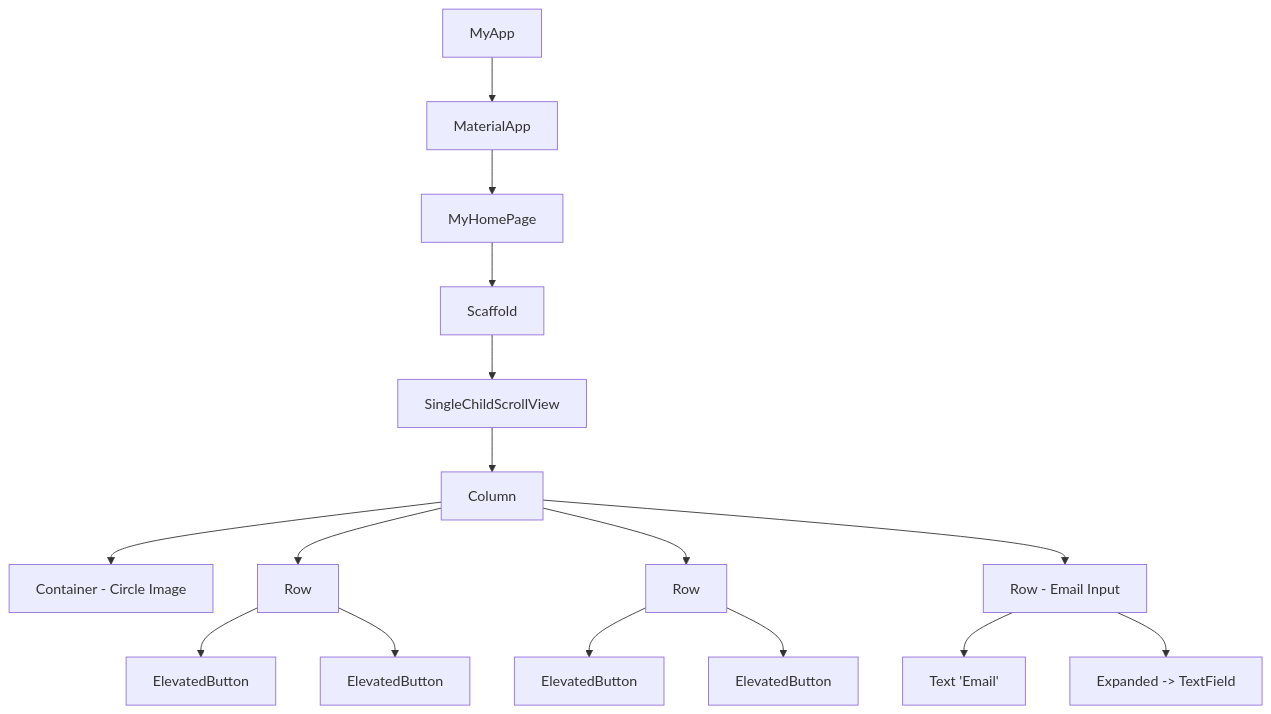
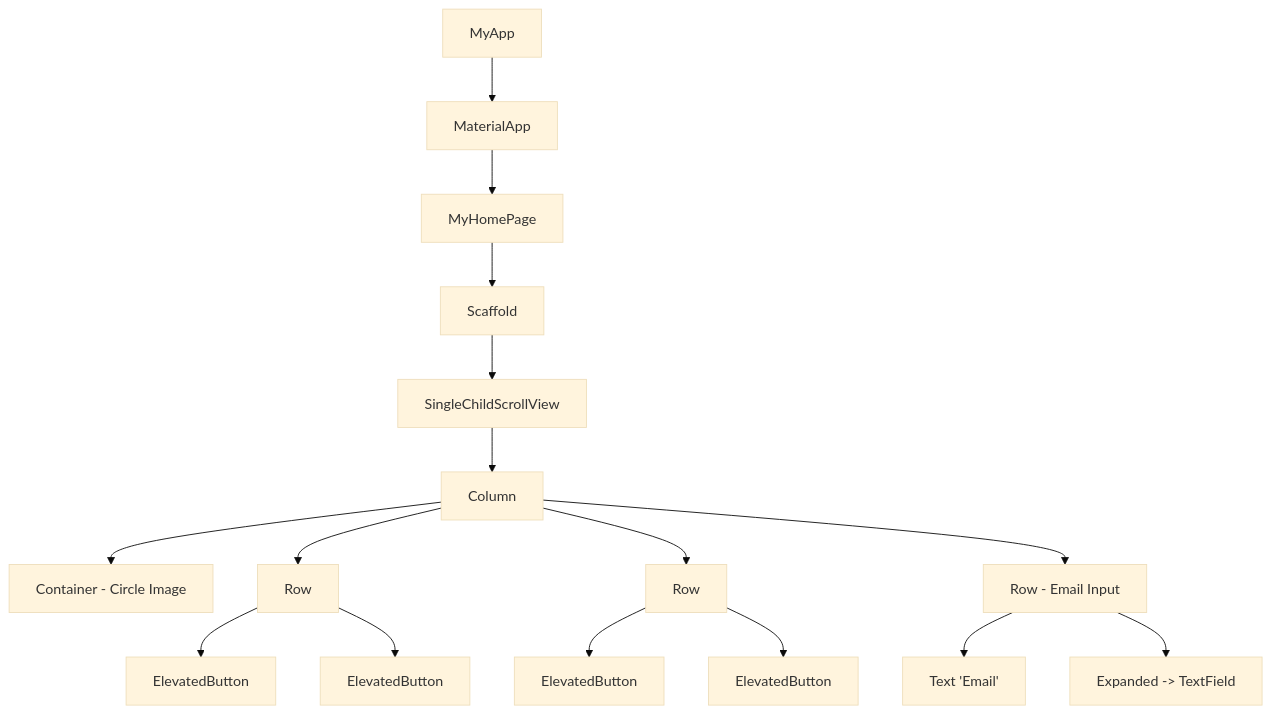
One commit to Berkay2002/TDDC73 changed the first of 3 diagrams in PRESENTATION_NOTES.md. Above: the diagram before and after it, drawn with Mermaid. The commit also changed other lines of this file and 11 other files, not shown here.

````diff
--- a/PRESENTATION_NOTES.md
+++ b/PRESENTATION_NOTES.md
@@ -14,22 +14,23 @@
 ```mermaid
+%%{init: {'theme': 'base'}}%%
 graph TD
     App[MyApp] --> MatApp[MaterialApp]
     MatApp --> Home[MyHomePage]
     Home --> Scaffold
     Scaffold --> Body[SingleChildScrollView]
     Body --> Col[Column]
     
     Col --> Img[Container - Circle Image]
     Col --> Row1[Row]
     Col --> Row2[Row]
     Col --> InputRow[Row - Email Input]
     
     Row1 --> Btn1[ElevatedButton]
     Row1 --> Btn2[ElevatedButton]
     
     Row2 --> Btn3[ElevatedButton]
     Row2 --> Btn4[ElevatedButton]
     
     InputRow --> Label[Text 'Email']
     InputRow --> Field[Expanded -> TextField]
 ```
````
